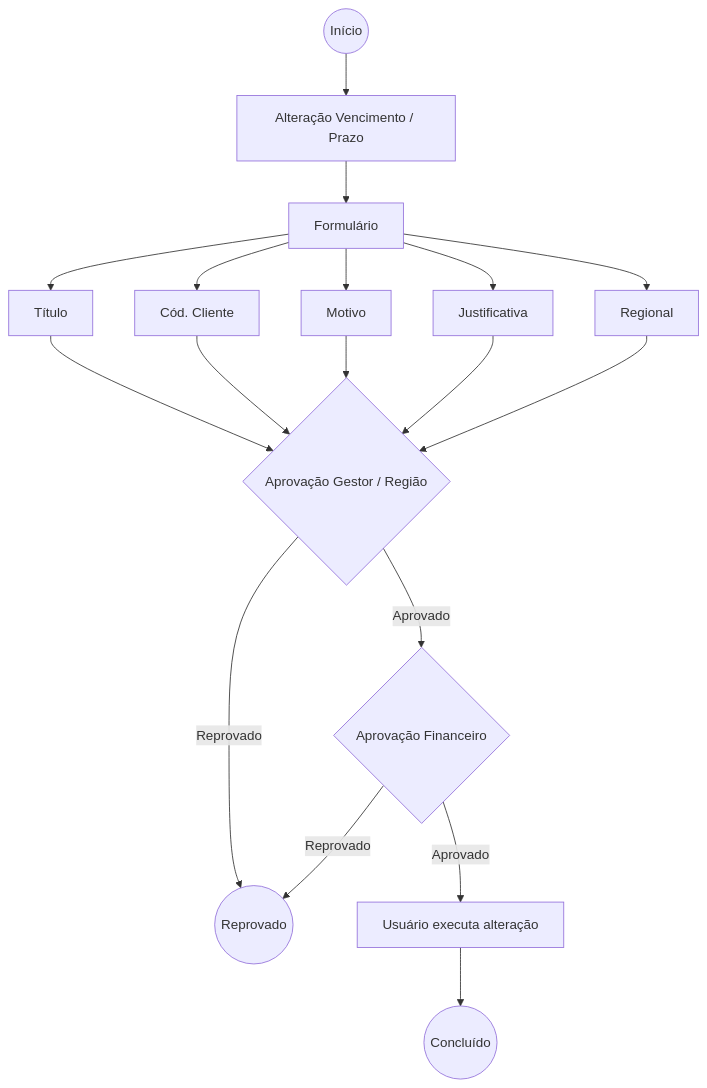
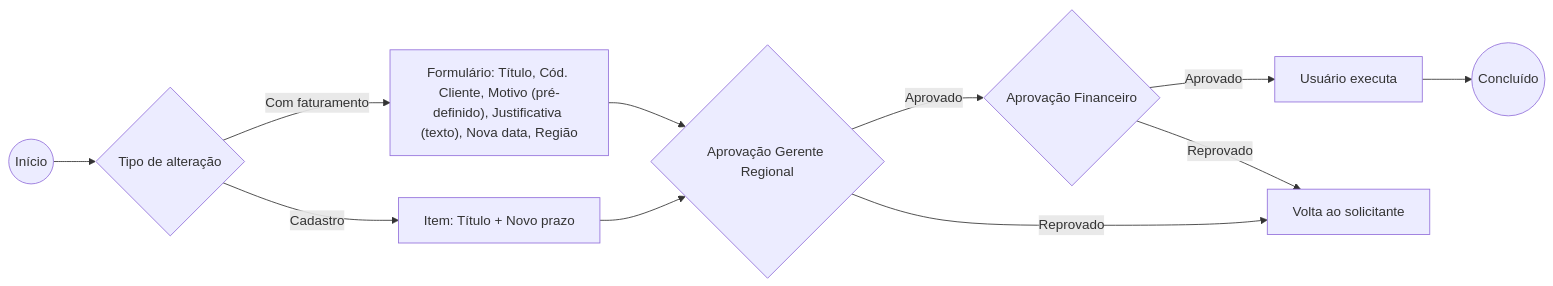
The diagram in fluxogramas/01-alteracao-vencimento.md (elofavoritos-glitch/fluxograma-financeiro-elo), drawn with Mermaid before and after one commit. The commit also changed other lines of this file and 8 other files, not shown here.

````diff
--- a/fluxogramas/01-alteracao-vencimento.md
+++ b/fluxogramas/01-alteracao-vencimento.md
@@ -5,18 +8,13 @@
 ```mermaid
-flowchart TD
-    START((Início)) --> TIPO[Alteração Vencimento / Prazo]
-
-    TIPO --> FORM[Formulário]
-    FORM --> F1[Título]
-    FORM --> F2[Cód. Cliente]
-    FORM --> F3[Motivo]
-    FORM --> F4[Justificativa]
-    FORM --> F5[Regional]
-
-    F1 & F2 & F3 & F4 & F5 --> APROV1{Aprovação Gestor / Região}
-    APROV1 -->|Aprovado| APROV2{Aprovação Financeiro}
-    APROV1 -->|Reprovado| FIM_REP((Reprovado))
-    APROV2 -->|Aprovado| USER[Usuário executa alteração]
-    APROV2 -->|Reprovado| FIM_REP
-    USER --> FIM((Concluído))
+flowchart LR
+    START((Início)) --> TIPO{Tipo de alteração}
+    TIPO -->|Com faturamento| FORM["Formulário: Título, Cód. Cliente, Motivo (pré-definido), Justificativa (texto), Nova data, Região"]
+    TIPO -->|Cadastro| ITEM["Item: Título + Novo prazo"]
+    FORM --> AP1{Aprovação Gerente Regional}
+    ITEM --> AP1
+    AP1 -->|Aprovado| AP2{Aprovação Financeiro}
+    AP2 -->|Aprovado| USR[Usuário executa]
+    USR --> FIM((Concluído))
+    AP1 -->|Reprovado| VOLTA[Volta ao solicitante]
+    AP2 -->|Reprovado| VOLTA
 ```
````
